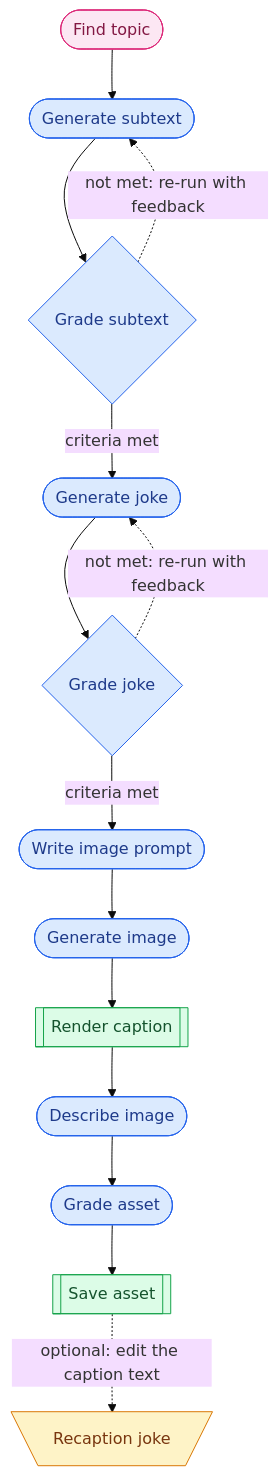
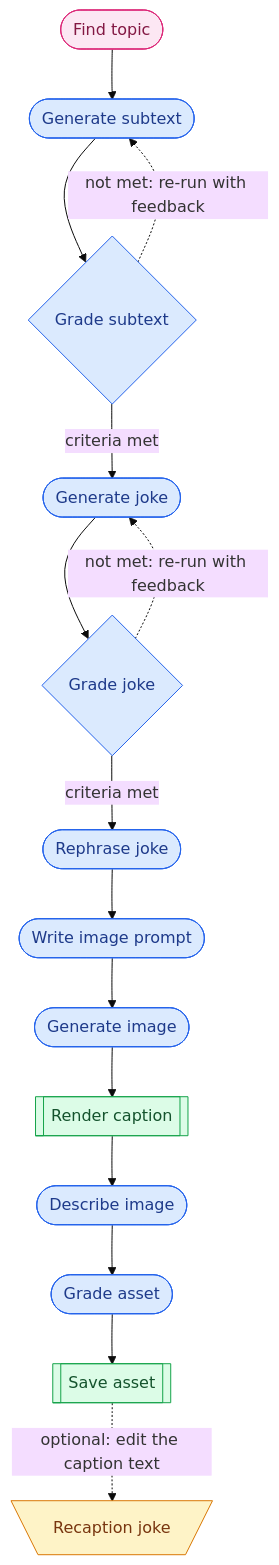
The diagram in README.md (hankehly/comedy-factory), drawn with Mermaid (base theme) before and after one commit. The commit also changed 5 other files, not shown here.

````diff
--- a/README.md
+++ b/README.md
@@ -7,29 +7,30 @@
 ```mermaid
 flowchart TD
     classDef agent fill:#fce7f3,stroke:#db2777,color:#831843
     classDef llm fill:#dbeafe,stroke:#2563eb,color:#1e3a8a
     classDef system fill:#dcfce7,stroke:#16a34a,color:#14532d
     classDef human fill:#fef3c7,stroke:#d97706,color:#78350f
 
     s1(["Find topic"]):::agent
     s2(["Generate subtext"]):::llm
     s3{"Grade subtext"}:::llm
     s4(["Generate joke"]):::llm
     s5{"Grade joke"}:::llm
-    s6(["Write image prompt"]):::llm
-    s7(["Generate image"]):::llm
-    s8[["Render caption"]]:::system
-    s9(["Describe image"]):::llm
-    s10(["Grade asset"]):::llm
-    s11[["Save asset"]]:::system
-    s12[\"Recaption joke"/]:::human
+    s6(["Rephrase joke"]):::llm
+    s7(["Write image prompt"]):::llm
+    s8(["Generate image"]):::llm
+    s9[["Render caption"]]:::system
+    s10(["Describe image"]):::llm
+    s11(["Grade asset"]):::llm
+    s12[["Save asset"]]:::system
+    s13[\"Recaption joke"/]:::human
 
     s1 --> s2 --> s3
     s3 -- criteria met --> s4
     s3 -. "not met: re-run with feedback" .-> s2
     s4 --> s5
     s5 -- criteria met --> s6
     s5 -. "not met: re-run with feedback" .-> s4
-    s6 --> s7 --> s8 --> s9 --> s10 --> s11
-    s11 -. "optional: edit the caption text" .-> s12
+    s6 --> s7 --> s8 --> s9 --> s10 --> s11 --> s12
+    s12 -. "optional: edit the caption text" .-> s13
 ```
````
